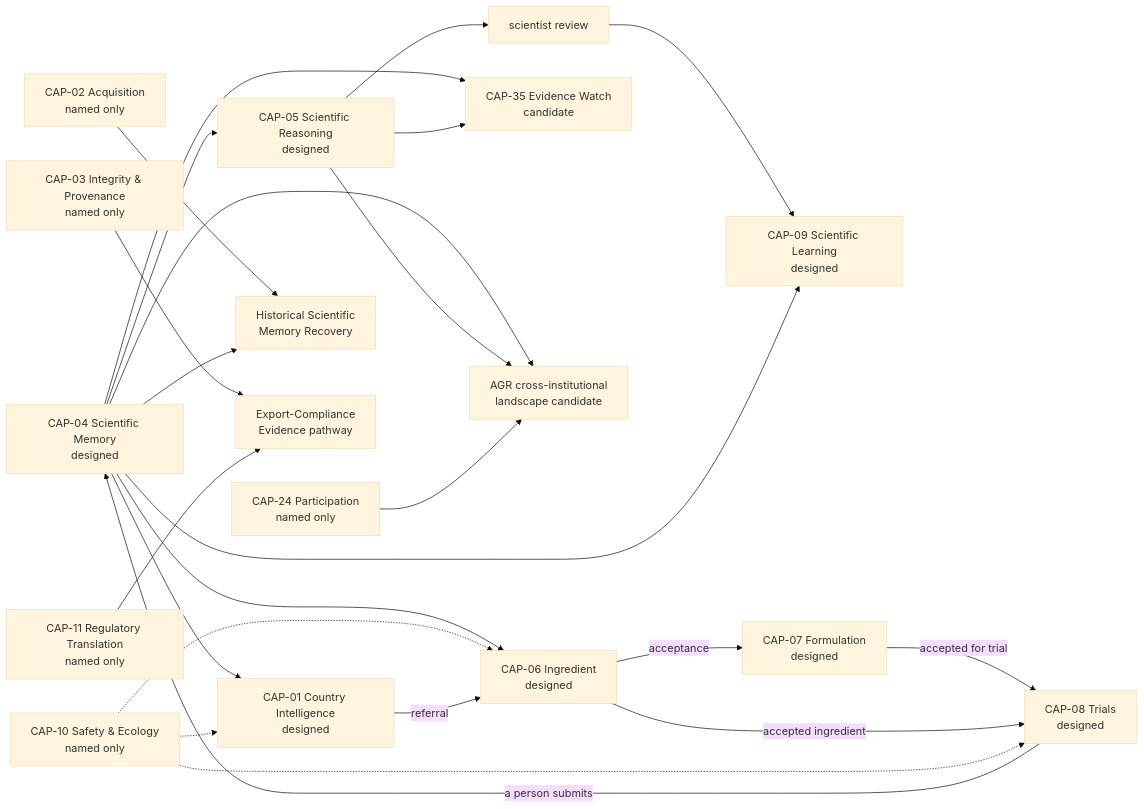
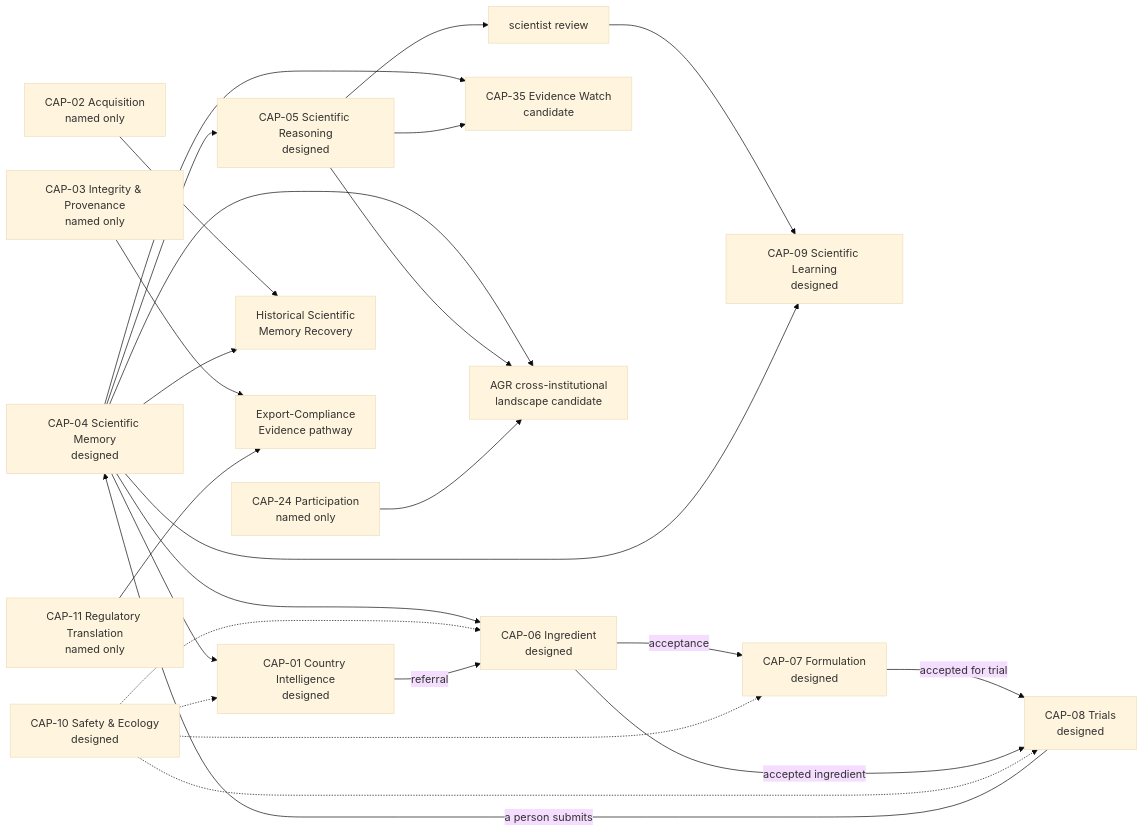
The second of 4 diagrams in governance/AAB-PLATFORM-ROADMAP-2026-09-27.md (AdvancedAgricultureBiometrix/aab-source-of-truth), drawn with Mermaid (base theme) before and after one commit. The commit also changed other lines of this file and 1 other file, not shown here.

First line of the commit message:
Roadmap and stock-take at 625007d: second dry run recorded, CAP-10 committed

````diff
--- a/governance/AAB-PLATFORM-ROADMAP-2026-09-27.md
+++ b/governance/AAB-PLATFORM-ROADMAP-2026-09-27.md
@@ -545,26 +551,27 @@
 ```mermaid
 flowchart LR
   A04[CAP-04 Scientific Memory<br/>designed] --> A05[CAP-05 Scientific Reasoning<br/>designed]
   A05 --> H[scientist review]
   H --> A09[CAP-09 Scientific Learning<br/>designed]
   A04 --> A09
   A04 --> W[CAP-35 Evidence Watch<br/>candidate]
   A05 --> W
   A04 --> X[AGR cross-institutional<br/>landscape candidate]
   A05 --> X
   A24[CAP-24 Participation<br/>named only] --> X
   A06[CAP-06 Ingredient<br/>designed] -->|acceptance| A07[CAP-07 Formulation<br/>designed]
   A04 --> A06
   A10 -.-> A06
+  A10 -.-> A07
   A04 --> A01[CAP-01 Country Intelligence<br/>designed]
   A01 -->|referral| A06
-  A10[CAP-10 Safety & Ecology<br/>named only] -.-> A01
+  A10[CAP-10 Safety & Ecology<br/>designed] -.-> A01
   A07 -->|accepted for trial| A08[CAP-08 Trials<br/>designed]
   A06 -->|accepted ingredient| A08
   A08 -->|a person submits| A04
   A10 -.-> A08
   A02[CAP-02 Acquisition<br/>named only] --> HSM[Historical Scientific<br/>Memory Recovery]
   A04 --> HSM
   A03[CAP-03 Integrity & Provenance<br/>named only] --> EXP[Export-Compliance<br/>Evidence pathway]
   A11[CAP-11 Regulatory Translation<br/>named only] --> EXP
 ```
````
